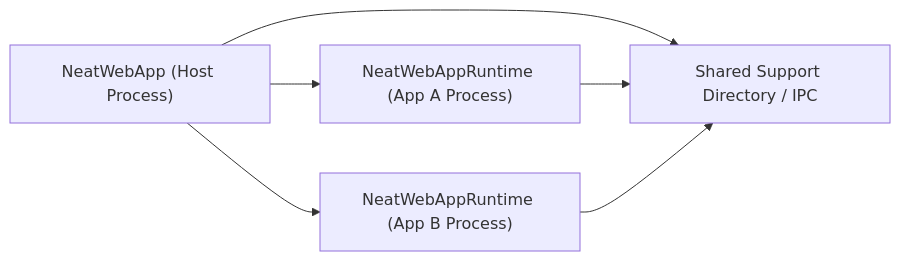
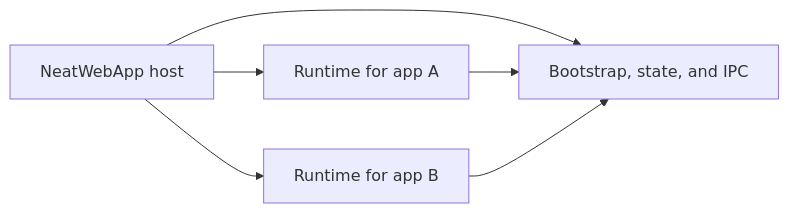
The diagram in docs/webapp-runtime-isolation-refactor.md (NeatMacApps/NeatWebApp), drawn with Mermaid before and after one commit. The commit also changed other lines of this file and 12 other files, not shown here.

````diff
--- a/docs/webapp-runtime-isolation-refactor.md
+++ b/docs/webapp-runtime-isolation-refactor.md
@@ -173,13 +27,13 @@
 ```mermaid
 flowchart LR
-    Host["NeatWebApp (Host Process)"]
-    RuntimeA["NeatWebAppRuntime (App A Process)"]
-    RuntimeB["NeatWebAppRuntime (App B Process)"]
-    Shared["Shared Support Directory / IPC"]
+    Host["NeatWebApp host"]
+    RuntimeA["Runtime for app A"]
+    RuntimeB["Runtime for app B"]
+    Shared["Bootstrap, state, and IPC"]
 
     Host --> Shared
     RuntimeA --> Shared
     RuntimeB --> Shared
     Host --> RuntimeA
     Host --> RuntimeB
 ```
````
